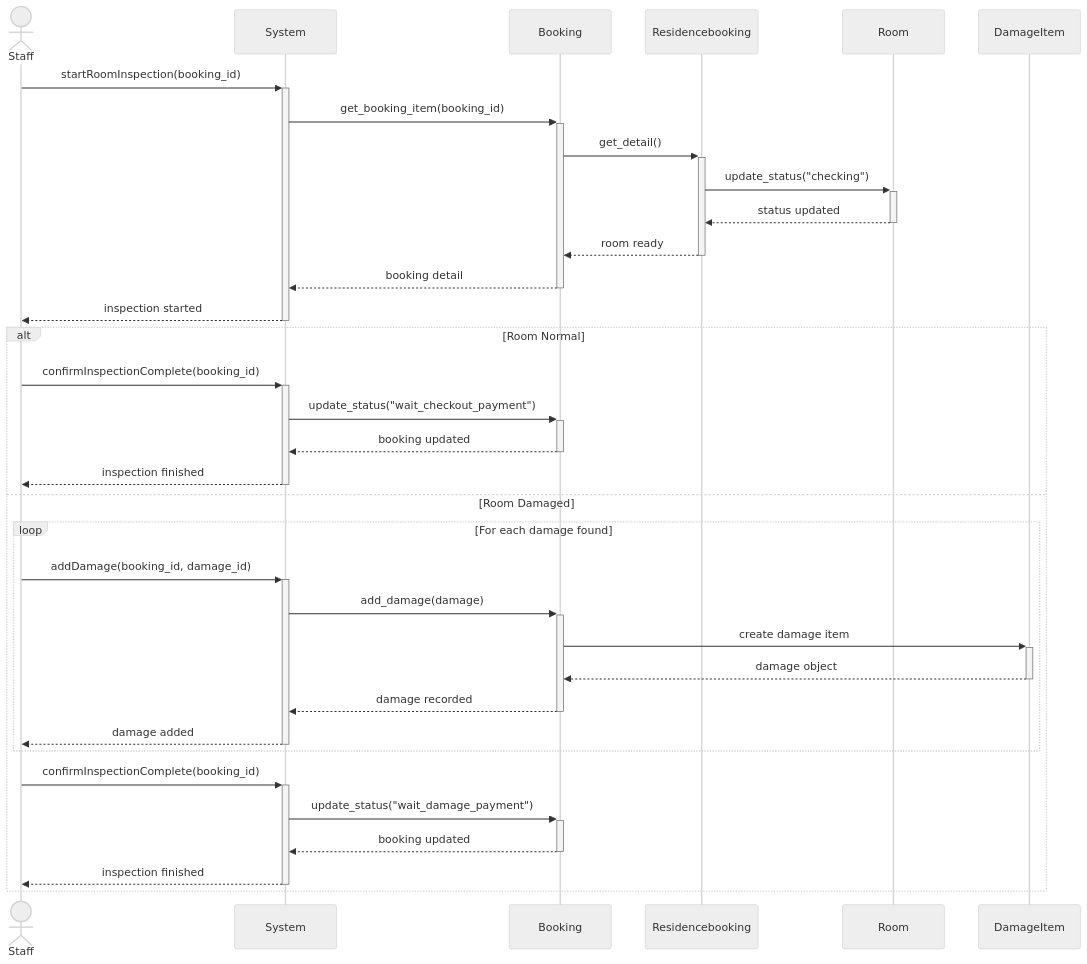
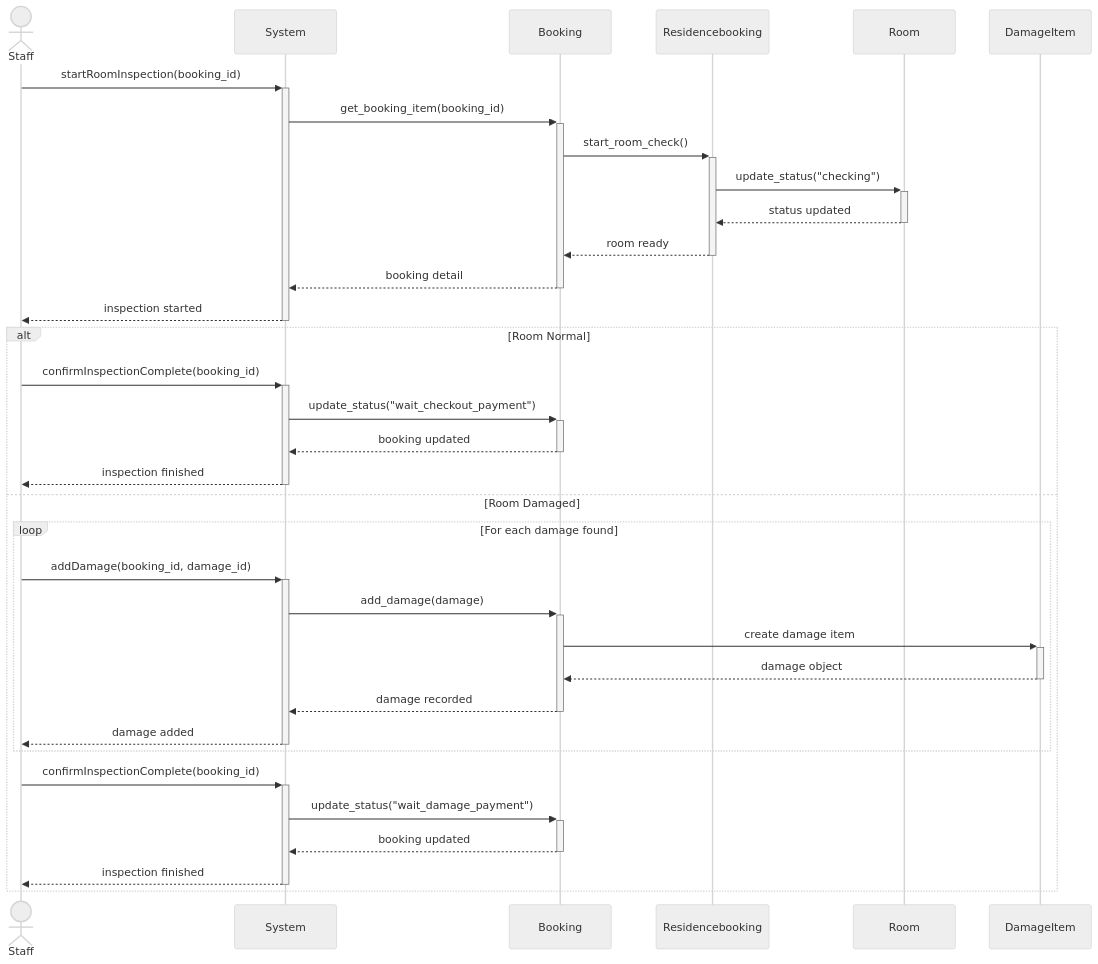
One commit to NamkingArea86/trip-oop-project changed the diagram in checkroom.mmd. Above: the diagram before and after it, drawn with Mermaid (neutral theme). The commit also changed 4 other files, not shown here.

```diff
--- a/checkroom.mmd
+++ b/checkroom.mmd
@@ -1,48 +1,48 @@
 sequenceDiagram
 actor Staff
 participant System
 participant Booking
 participant Residencebooking
 participant Room
 participant DamageItem
 
 Staff->>+System: startRoomInspection(booking_id)
 
 System->>+Booking: get_booking_item(booking_id)
-Booking->>+Residencebooking: get_detail()
+Booking->>+Residencebooking: start_room_check()
 Residencebooking->>+Room: update_status("checking")
 Room-->>-Residencebooking: status updated
 Residencebooking-->>-Booking: room ready
 Booking-->>-System: booking detail
 
 System-->>-Staff: inspection started
 
 
 alt Room Normal
     Staff->>+System: confirmInspectionComplete(booking_id)
 
     System->>+Booking: update_status("wait_checkout_payment")
     Booking-->>-System: booking updated
 
     System-->>-Staff: inspection finished
 
 
 else Room Damaged
     loop For each damage found
         Staff->>+System: addDamage(booking_id, damage_id)
 
         System->>+Booking: add_damage(damage)
         Booking->>+DamageItem: create damage item
         DamageItem-->>-Booking: damage object
         Booking-->>-System: damage recorded
 
         System-->>-Staff: damage added
     end
 
     Staff->>+System: confirmInspectionComplete(booking_id)
 
     System->>+Booking: update_status("wait_damage_payment")
     Booking-->>-System: booking updated
 
     System-->>-Staff: inspection finished
 end
```
